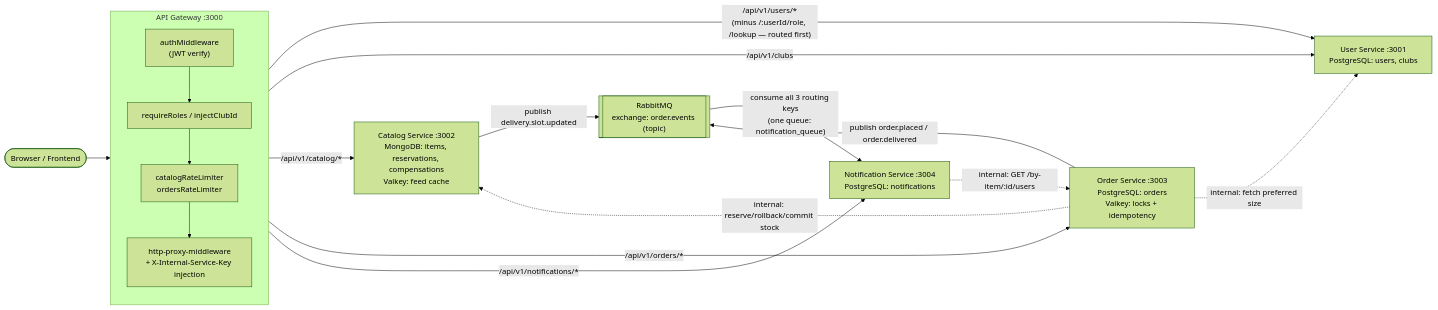
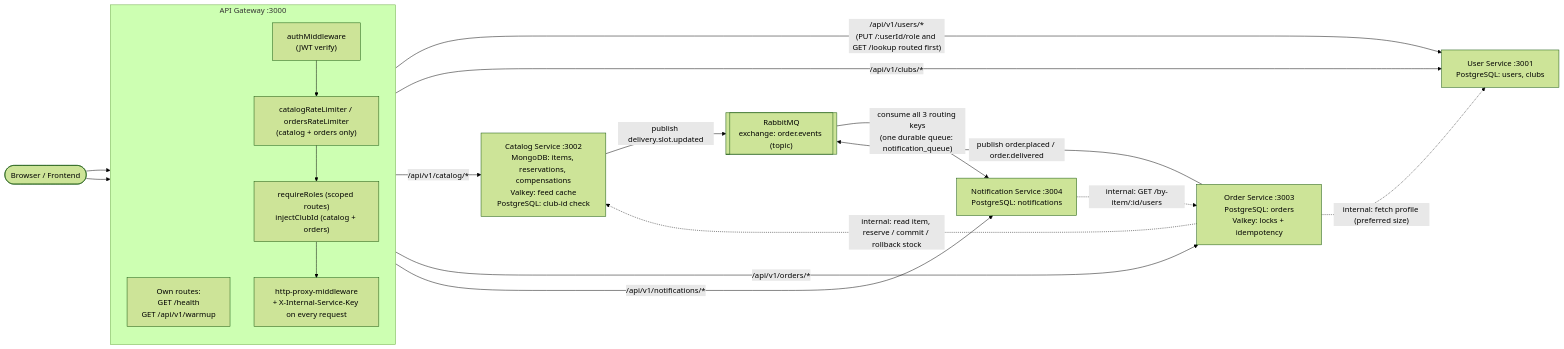
The diagram in docs/system-design/HLD/02-service-architecture.md (RajaiTarun/MerchFlow), drawn with Mermaid (forest theme) before and after one commit. The commit also changed other lines of this file and 8 other files, not shown here.

````diff
--- a/docs/system-design/HLD/02-service-architecture.md
+++ b/docs/system-design/HLD/02-service-architecture.md
@@ -5,27 +5,29 @@
 ```mermaid
 flowchart LR
     Client(["Browser / Frontend"])
 
     subgraph GW["API Gateway :3000"]
         direction TB
+        Own["Own routes:\nGET /health\nGET /api/v1/warmup"]
         Auth["authMiddleware\n(JWT verify)"]
-        RBAC["requireRoles / injectClubId"]
-        RL["catalogRateLimiter\nordersRateLimiter"]
-        Proxy["http-proxy-middleware\n+ X-Internal-Service-Key injection"]
+        RL["catalogRateLimiter / ordersRateLimiter\n(catalog + orders only)"]
+        RBAC["requireRoles (scoped routes)\ninjectClubId (catalog + orders)"]
+        Proxy["http-proxy-middleware\n+ X-Internal-Service-Key on every request"]
     end
 
-    Client --> Auth --> RBAC --> RL --> Proxy
+    Client --> Auth --> RL --> RBAC --> Proxy
+    Client --> Own
 
-    Proxy -->|"/api/v1/users/*\n(minus /:userId/role, /lookup — routed first)"| US["User Service :3001\nPostgreSQL: users, clubs"]
-    Proxy -->|"/api/v1/clubs"| US
-    Proxy -->|"/api/v1/catalog/*"| CS["Catalog Service :3002\nMongoDB: items, reservations, compensations\nValkey: feed cache"]
+    Proxy -->|"/api/v1/users/*\n(PUT /:userId/role and GET /lookup routed first)"| US["User Service :3001\nPostgreSQL: users, clubs"]
+    Proxy -->|"/api/v1/clubs/*"| US
+    Proxy -->|"/api/v1/catalog/*"| CS["Catalog Service :3002\nMongoDB: items, reservations, compensations\nValkey: feed cache\nPostgreSQL: club-id check"]
     Proxy -->|"/api/v1/orders/*"| OS["Order Service :3003\nPostgreSQL: orders\nValkey: locks + idempotency"]
     Proxy -->|"/api/v1/notifications/*"| NS["Notification Service :3004\nPostgreSQL: notifications"]
 
-    OS -.->|"internal: fetch preferred size"| US
-    OS -.->|"internal: reserve/rollback/commit stock"| CS
+    OS -.->|"internal: fetch profile (preferred size)"| US
+    OS -.->|"internal: read item, reserve / commit / rollback stock"| CS
     OS -->|"publish order.placed / order.delivered"| MQ[["RabbitMQ\nexchange: order.events (topic)"]]
     CS -->|"publish delivery.slot.updated"| MQ
-    MQ -->|"consume all 3 routing keys\n(one queue: notification_queue)"| NS
+    MQ -->|"consume all 3 routing keys\n(one durable queue: notification_queue)"| NS
     NS -.->|"internal: GET /by-item/:id/users"| OS
 ```
````
